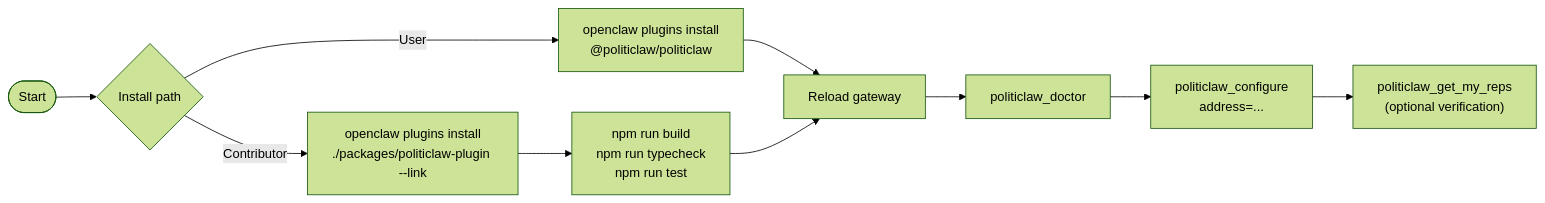
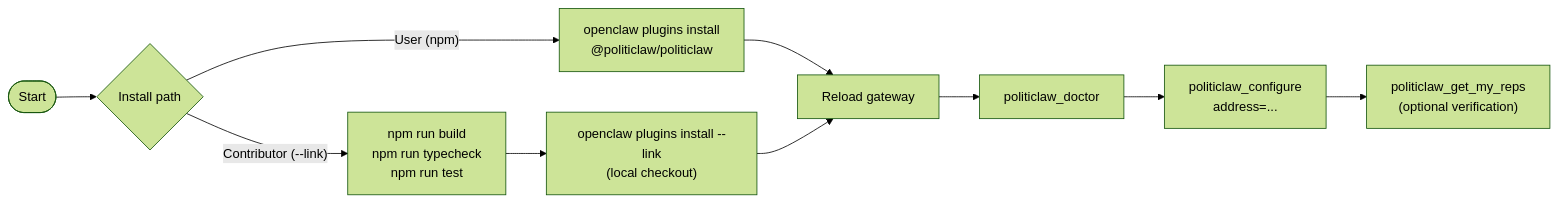
Before and after one commit to arippberger/PolitiClaw: the diagram in apps/docs/guide/installation-and-verification.md, drawn with Mermaid (forest theme). The commit also changed 3 other files, not shown here.

First line of the commit message:
docs: mermaid polish — heading spacing, label fit, click-to-enlarge

````diff
--- a/apps/docs/guide/installation-and-verification.md
+++ b/apps/docs/guide/installation-and-verification.md
@@ -3,12 +3,12 @@
 ```mermaid
 flowchart LR
   start([Start]) --> path{"Install path"}
-  path -->|"User"| npmInstall["openclaw plugins install<br/>@politiclaw/politiclaw"]
-  path -->|"Contributor"| linkInstall["openclaw plugins install<br/>./packages/politiclaw-plugin --link"]
-  linkInstall --> checks["npm run build<br/>npm run typecheck<br/>npm run test"]
+  path -->|"User (npm)"| npmInstall["openclaw plugins install<br/>@politiclaw/politiclaw"]
+  path -->|"Contributor (--link)"| checks["npm run build<br/>npm run typecheck<br/>npm run test"]
+  checks --> linkInstall["openclaw plugins install --link<br/>(local checkout)"]
   npmInstall --> reload["Reload gateway"]
-  checks --> reload
+  linkInstall --> reload
   reload --> doctor["politiclaw_doctor"]
   doctor --> configure["politiclaw_configure<br/>address=..."]
   configure --> reps["politiclaw_get_my_reps<br/>(optional verification)"]
 ```
````
